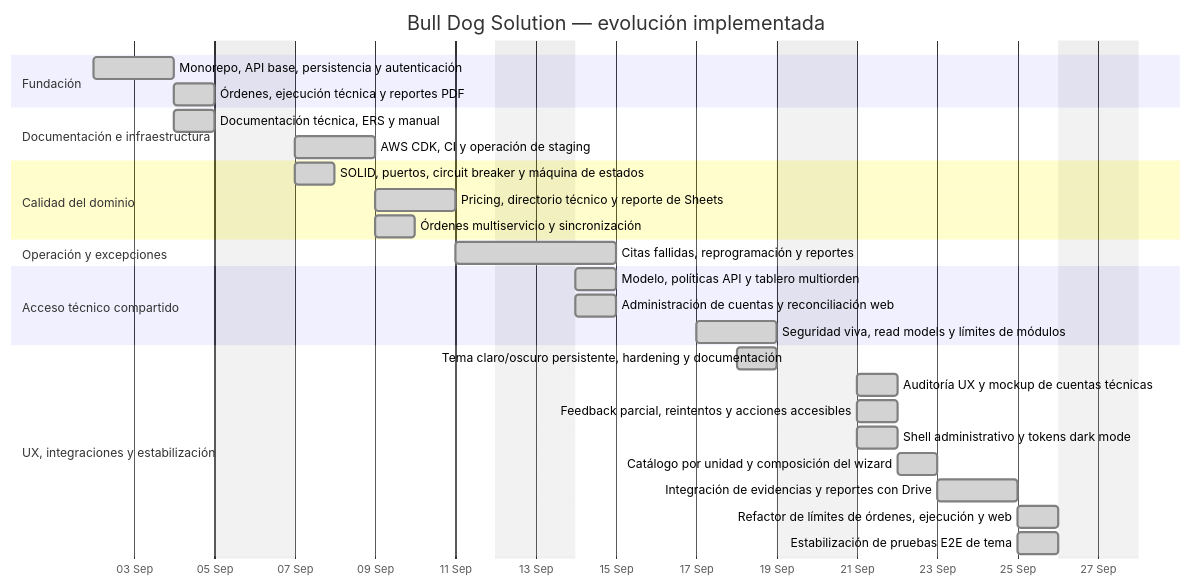
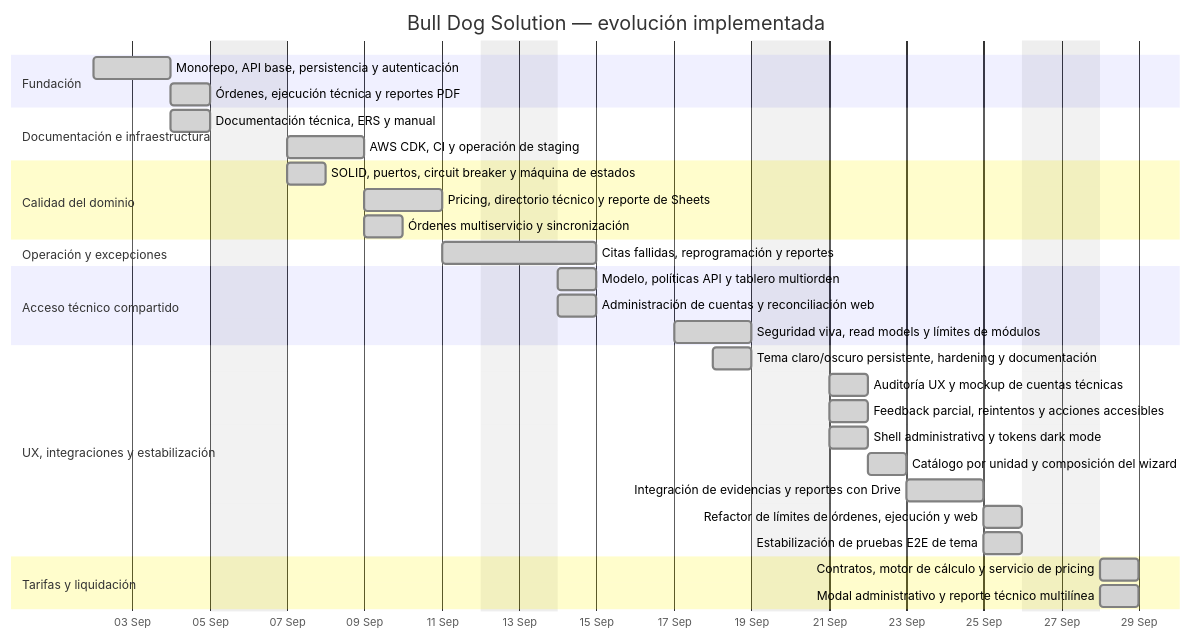
Before and after one commit to luistorres-idt/puk: the diagram in docs/project-timeline.md, drawn with Mermaid. The commit also changed other lines of this file and 7 other files, not shown here.

Commit message:
docs: align specs, roadmap, ERS, user manual, and architecture with dynamic pricing

````diff
--- a/docs/project-timeline.md
+++ b/docs/project-timeline.md
@@ -10,39 +10,43 @@
 ```mermaid
 gantt
     title Bull Dog Solution — evolución implementada
     dateFormat  YYYY-MM-DD
     axisFormat  %d %b
     todayMarker stroke-width:2,stroke:#ef4444
     excludes weekends
 
     section Fundación
     Monorepo, API base, persistencia y autenticación :done, foundation, 2026-09-02, 2d
     Órdenes, ejecución técnica y reportes PDF        :done, core, after foundation, 1d
 
     section Documentación e infraestructura
     Documentación técnica, ERS y manual        :done, docs, 2026-09-04, 1d
     AWS CDK, CI y operación de staging         :done, infra, 2026-09-07, 2d
 
     section Calidad del dominio
     SOLID, puertos, circuit breaker y máquina de estados :done, solid, 2026-09-07, 1d
     Pricing, directorio técnico y reporte de Sheets     :done, pricing, 2026-09-09, 2d
     Órdenes multiservicio y sincronización              :done, multiservice, 2026-09-09, 1d
 
     section Operación y excepciones
     Citas fallidas, reprogramación y reportes           :done, failed, 2026-09-11, 2d
 
     section Acceso técnico compartido
     Modelo, políticas API y tablero multiorden    :done, shared-api, 2026-09-14, 1d
     Administración de cuentas y reconciliación web :done, shared-web, 2026-09-14, 1d
     Seguridad viva, read models y límites de módulos :done, hardening, 2026-09-17, 2d
 
     section UX, integraciones y estabilización
     Tema claro/oscuro persistente, hardening y documentación :done, staging-ux, 2026-09-18, 1d
     Auditoría UX y mockup de cuentas técnicas              :done, ux-audit, 2026-09-21, 1d
     Feedback parcial, reintentos y acciones accesibles    :done, ux-accounts, 2026-09-21, 1d
     Shell administrativo y tokens dark mode                :done, ux-shell, 2026-09-21, 1d
     Catálogo por unidad y composición del wizard            :done, order-wizard, 2026-09-22, 1d
     Integración de evidencias y reportes con Drive          :done, drive, 2026-09-23, 2d
     Refactor de límites de órdenes, ejecución y web         :done, maintainability, 2026-09-25, 1d
     Estabilización de pruebas E2E de tema                   :done, theme-tests, 2026-09-25, 1d
+
+    section Tarifas y liquidación
+    Contratos, motor de cálculo y servicio de pricing       :done, pricing-engine, 2026-09-28, 1d
+    Modal administrativo y reporte técnico multilínea       :done, pricing-ui, 2026-09-28, 1d
 ```
````
